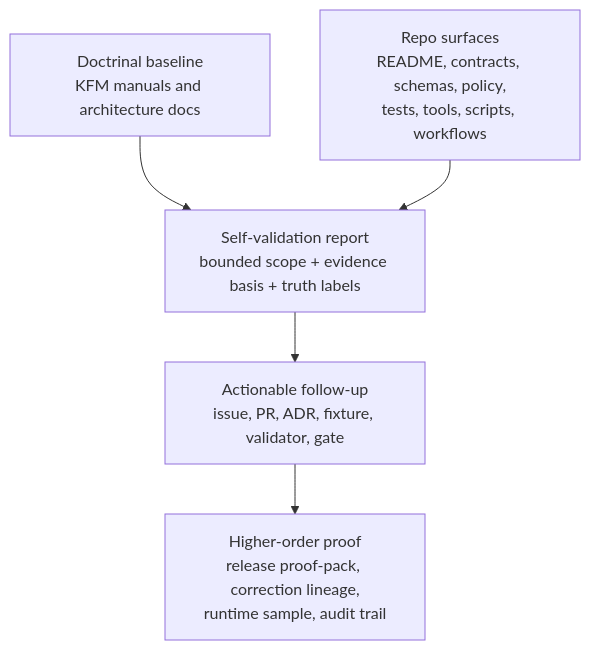
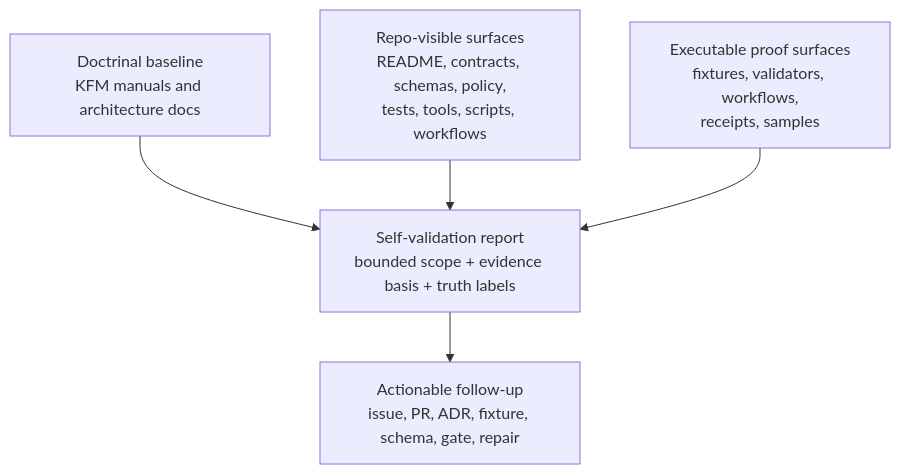
One commit to bartytime4life/Kansas-Frontier-Matrix changed the diagram in docs/reports/self-validation/README.md. Above: the diagram before and after it, drawn with Mermaid. The commit also changed other lines of this file, not shown here.

````diff
--- a/docs/reports/self-validation/README.md
+++ b/docs/reports/self-validation/README.md
@@ -202,13 +207,13 @@
 ```mermaid
 flowchart TD
     A[Doctrinal baseline<br/>KFM manuals and architecture docs]
-    B[Repo surfaces<br/>README, contracts, schemas, policy,<br/>tests, tools, scripts, workflows]
-    C[Self-validation report<br/>bounded scope + evidence basis + truth labels]
-    D[Actionable follow-up<br/>issue, PR, ADR, fixture, validator, gate]
-    E[Higher-order proof<br/>release proof-pack, correction lineage,<br/>runtime sample, audit trail]
+    B[Repo-visible surfaces<br/>README, contracts, schemas, policy,<br/>tests, tools, scripts, workflows]
+    C[Executable proof surfaces<br/>fixtures, validators, workflows,<br/>receipts, samples]
+    D[Self-validation report<br/>bounded scope + evidence basis + truth labels]
+    E[Actionable follow-up<br/>issue, PR, ADR, fixture, schema, gate, repair]
 
-    A --> C
-    B --> C
+    A --> D
+    B --> D
     C --> D
     D --> E
 ```
````
